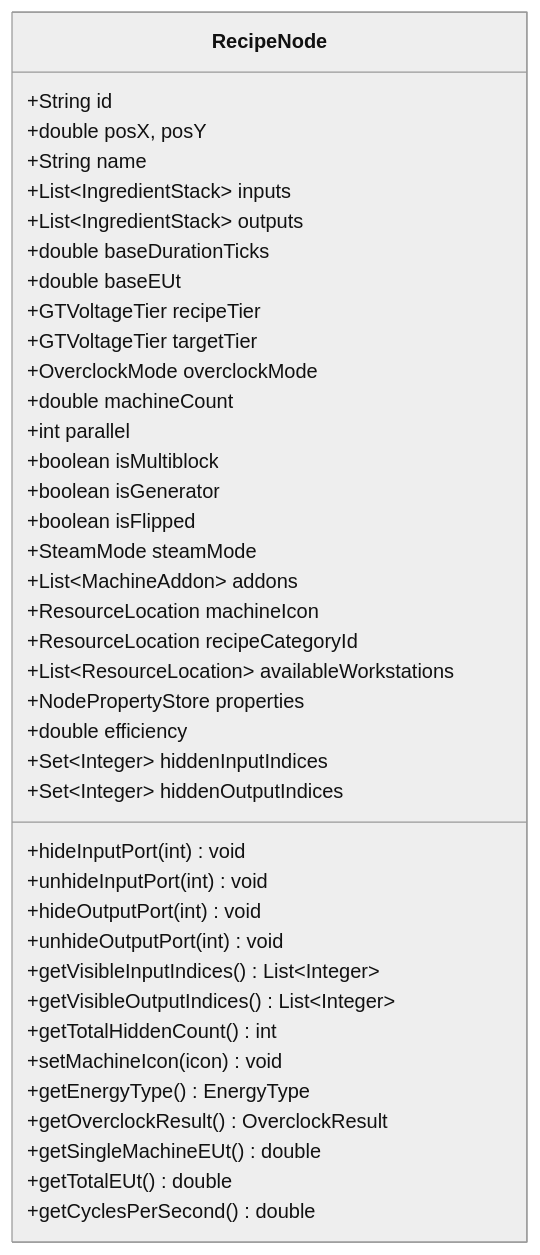
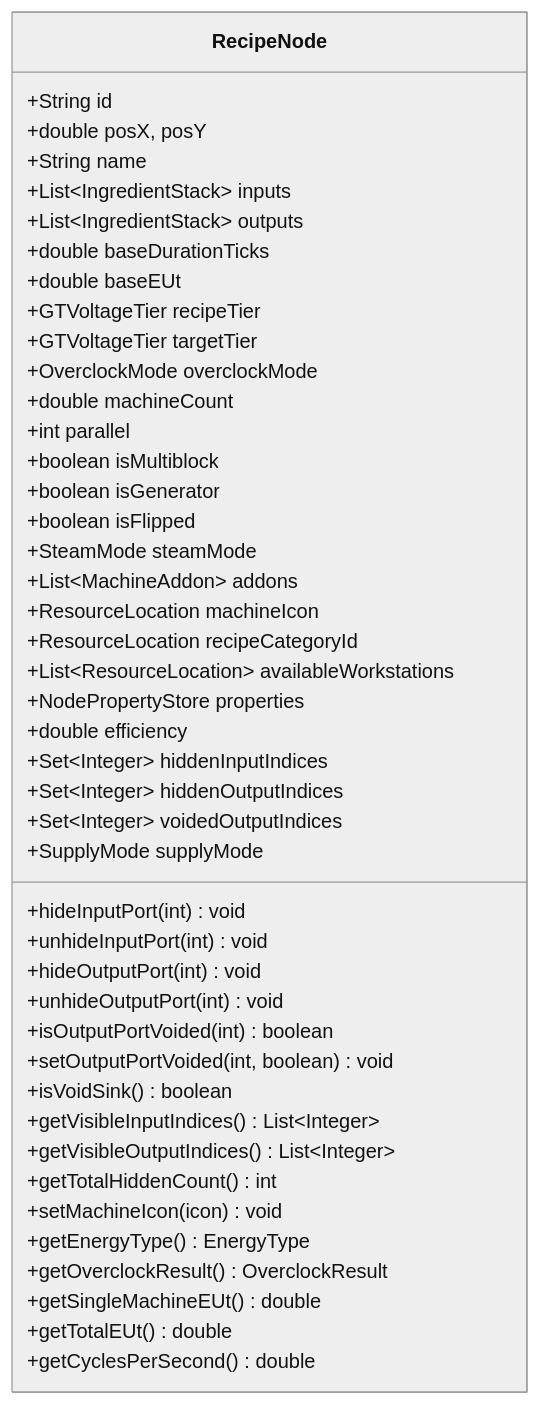
The first of 3 diagrams in docs/en_us/spec/01_CORE_DOMAIN_AND_MODELS.md (Amvermain/GregTechCalculatorBoard), drawn with Mermaid (neutral theme) before and after one commit. The commit also changed other lines of this file and 27 other files, not shown here.

````diff
--- a/docs/en_us/spec/01_CORE_DOMAIN_AND_MODELS.md
+++ b/docs/en_us/spec/01_CORE_DOMAIN_AND_MODELS.md
@@ -52,42 +52,47 @@
 ```mermaid
 classDiagram
     class RecipeNode {
         +String id
         +double posX, posY
         +String name
         +List~IngredientStack~ inputs
         +List~IngredientStack~ outputs
         +double baseDurationTicks
         +double baseEUt
         +GTVoltageTier recipeTier
         +GTVoltageTier targetTier
         +OverclockMode overclockMode
         +double machineCount
         +int parallel
         +boolean isMultiblock
         +boolean isGenerator
         +boolean isFlipped
         +SteamMode steamMode
         +List~MachineAddon~ addons
         +ResourceLocation machineIcon
         +ResourceLocation recipeCategoryId
         +List~ResourceLocation~ availableWorkstations
         +NodePropertyStore properties
         +double efficiency
         +Set~Integer~ hiddenInputIndices
         +Set~Integer~ hiddenOutputIndices
+        +Set~Integer~ voidedOutputIndices
+        +SupplyMode supplyMode
         +hideInputPort(int) void
         +unhideInputPort(int) void
         +hideOutputPort(int) void
         +unhideOutputPort(int) void
+        +isOutputPortVoided(int) boolean
+        +setOutputPortVoided(int, boolean) void
+        +isVoidSink() boolean
         +getVisibleInputIndices() List~Integer~
         +getVisibleOutputIndices() List~Integer~
         +getTotalHiddenCount() int
         +setMachineIcon(icon) void
         +getEnergyType() EnergyType
         +getOverclockResult() OverclockResult
         +getSingleMachineEUt() double
         +getTotalEUt() double
         +getCyclesPerSecond() double
     }
 ```
````
